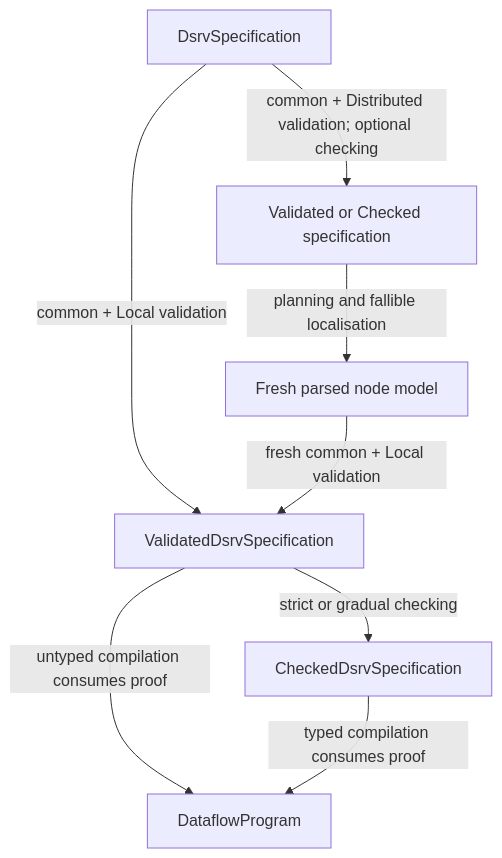
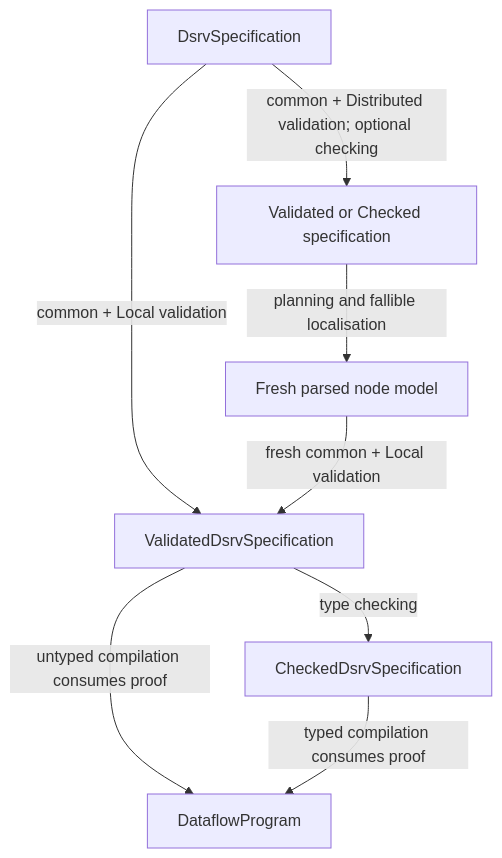
The diagram in docs/src/architecture/dataflow/compilation.md (INTO-CPS-Association/robosapiens-trustworthiness-checker), drawn with Mermaid before and after one commit. The commit also changed other lines of this file and 149 other files, not shown here.

First line of the commit message:
feat(dsrv)!: replace gradual inference with deterministic contextual checking

````diff
--- a/docs/src/architecture/dataflow/compilation.md
+++ b/docs/src/architecture/dataflow/compilation.md
@@ -51,18 +50,18 @@
 ```mermaid
 flowchart TB
     accTitle: Language proofs end at local compilation
     accDescr: Parsed models undergo common and mode-specific validation. Local models can be checked and compiled. Distributed models are planned and localised into new parsed node models, which need fresh Local validation. Compilation erases the proof into a nongeneric program.
     parsed["DsrvSpecification"]
     local["ValidatedDsrvSpecification<Local>"]
     checked["CheckedDsrvSpecification<Local>"]
     dist["Validated or Checked specification<Distributed>"]
     node["Fresh parsed node model"]
     program["DataflowProgram"]
     parsed -->|"common + Local validation"| local
     parsed -->|"common + Distributed validation; optional checking"| dist
-    local -->|"strict or gradual checking"| checked
+    local -->|"type checking"| checked
     dist -->|"planning and fallible localisation"| node
     node -->|"fresh common + Local validation"| local
     local -->|"untyped compilation consumes proof"| program
     checked -->|"typed compilation consumes proof"| program
 ```
````
